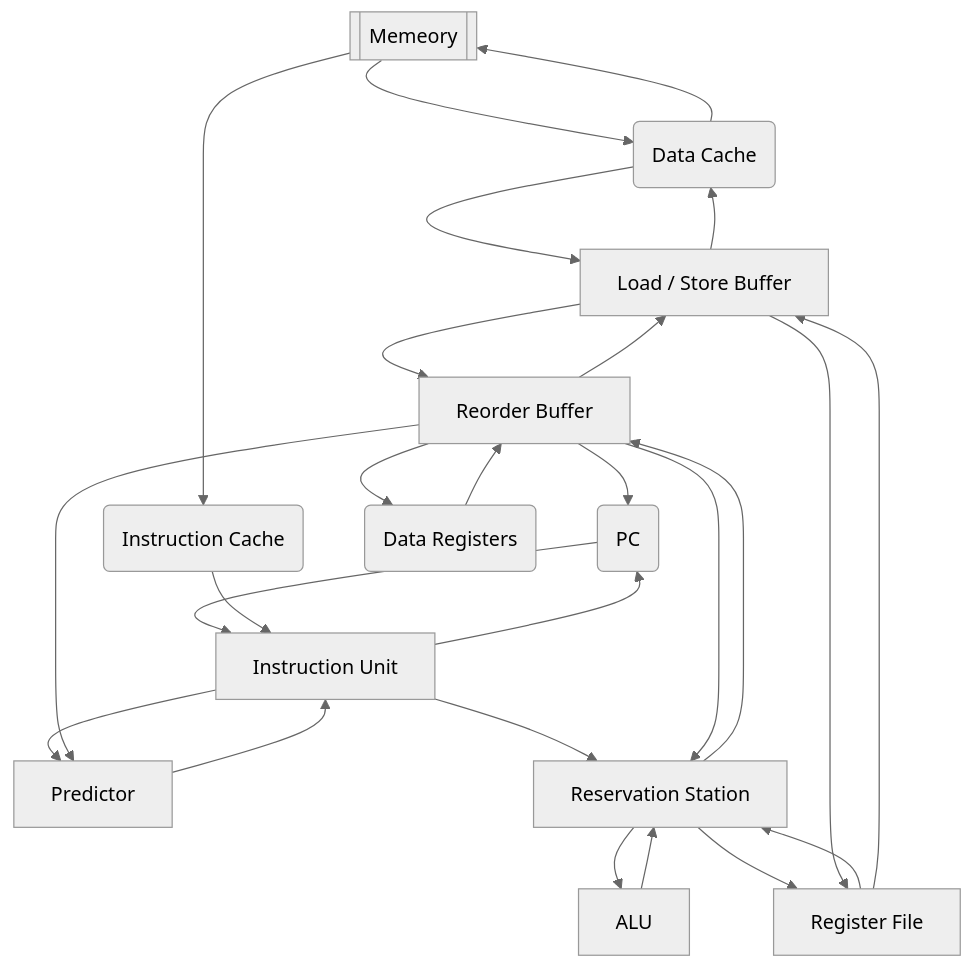
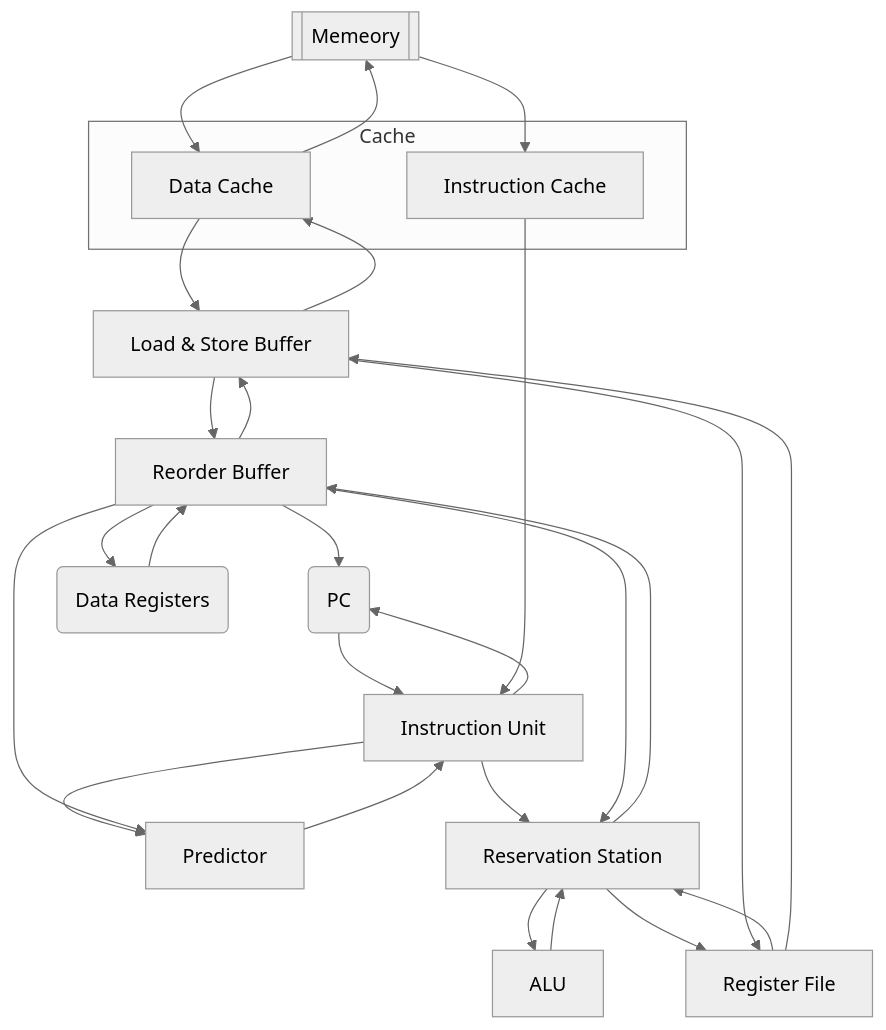
Before and after one commit to LauYeeYu/RV32I-CPU: the diagram in docs/overview.md, drawn with Mermaid (neutral theme). The commit also changed other lines of this file, not shown here.

````diff
--- a/docs/overview.md
+++ b/docs/overview.md
@@ -5,41 +5,43 @@
 ```mermaid
 graph TD
 Mem[[Memeory]]
-DCache(Data Cache)
+subgraph Cache
+  ICache[Instruction Cache]
+  DCache[Data Cache]
+end
 InstructionUnit[Instruction Unit]
-LSBuf[Load / Store Buffer]
-ICache(Instruction Cache)
+LSBuf[Load & Store Buffer]
 Predictor[Predictor]
 PC(PC)
 DRegs(Data Registers)
 RoB[Reorder Buffer]
 RegFile[Register File]
 RS[Reservation Station]
 ALU[ALU]
 
 DCache --> Mem
 Mem --> DCache
 Mem --> ICache
 DCache --> LSBuf
 LSBuf --> DCache
 PC --> InstructionUnit
 ICache --> InstructionUnit
 Predictor --> InstructionUnit
 InstructionUnit --> Predictor
 InstructionUnit --> RS
 InstructionUnit --> PC
 RS --> ALU
 ALU --> RS
 RS --> RegFile
 RegFile --> RS
 RS --> RoB
 RoB --> RS
 RoB --> DRegs
 DRegs --> RoB
 LSBuf --> RoB
 RoB --> LSBuf
 RoB --> PC
 LSBuf --> RegFile
 RegFile --> LSBuf
 RoB --> Predictor
 ```
````
